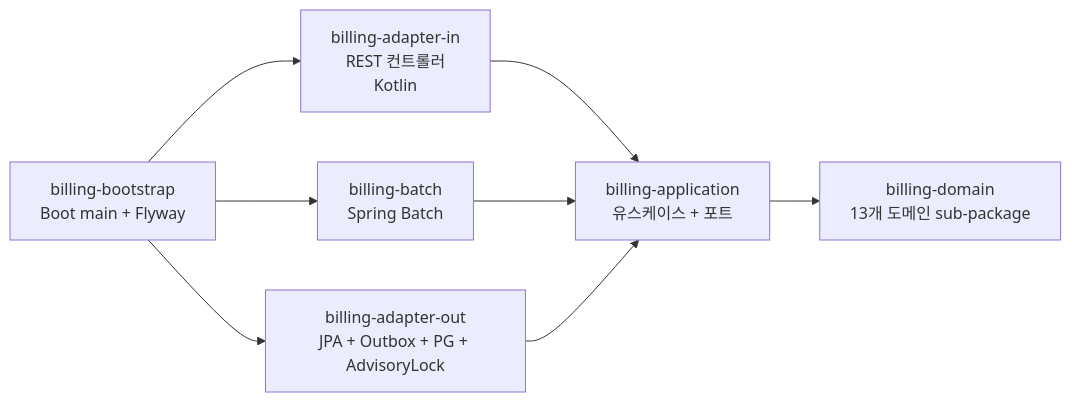
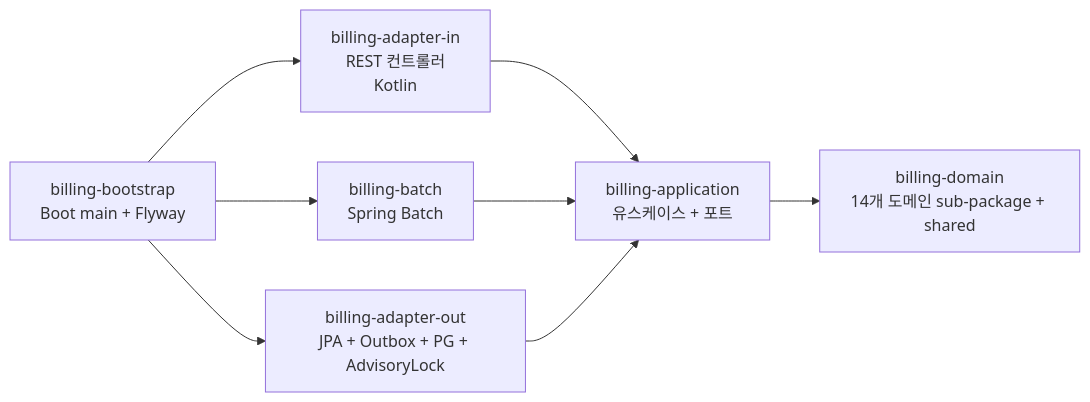
The second of 2 diagrams in README.md (ssa1004/billing-platform), drawn with Mermaid before and after one commit. The commit also changed other lines of this file, not shown here.

Commit message:
docs(readme): ADR 22→32, 도메인 sub-package 카운트, 운영 프로필 보강

````diff
--- a/README.md
+++ b/README.md
@@ -111,17 +111,17 @@
 ```mermaid
 graph LR
     in[billing-adapter-in<br/>REST 컨트롤러<br/>Kotlin]
     app[billing-application<br/>유스케이스 + 포트]
-    domain[billing-domain<br/>13개 도메인 sub-package]
+    domain[billing-domain<br/>14개 도메인 sub-package + shared]
     out[billing-adapter-out<br/>JPA + Outbox + PG + AdvisoryLock]
     batch[billing-batch<br/>Spring Batch]
     boot[billing-bootstrap<br/>Boot main + Flyway]
 
     in --> app
     boot --> in
     boot --> out
     boot --> batch
     batch --> app
     out --> app
     app --> domain
 ```
````
